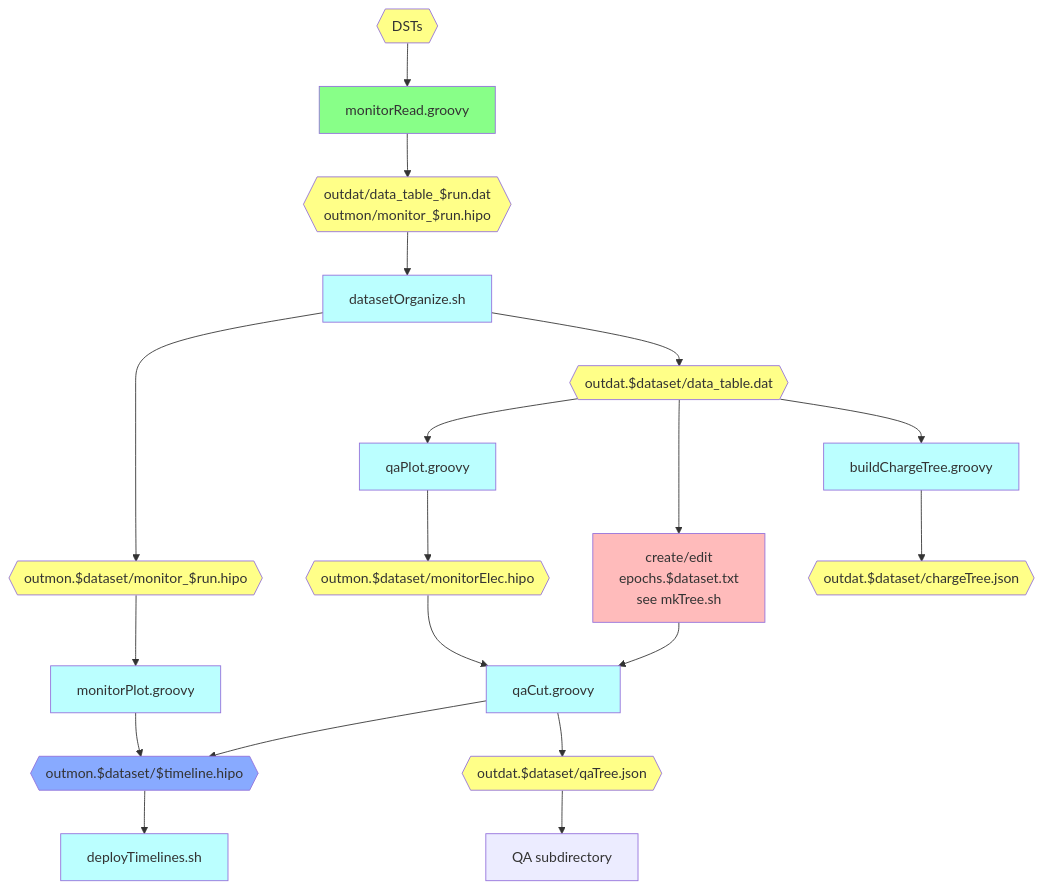
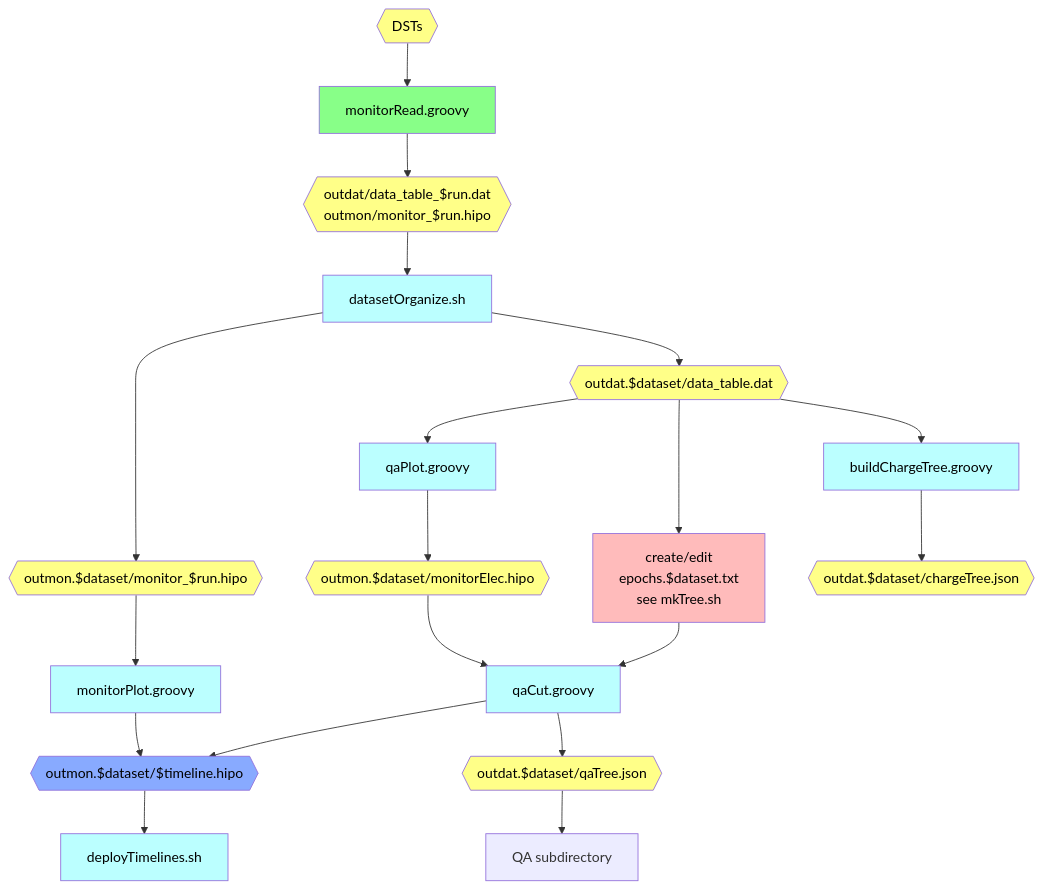
Before and after one commit to c-dilks/clasqa: the second of 3 diagrams in docs/docDiagram.md, drawn with Mermaid. The commit also changed other lines of this file, not shown here.

````diff
--- a/docs/docDiagram.md
+++ b/docs/docDiagram.md
@@ -9,34 +23,31 @@
 ```mermaid
-graph TD;
-    dst{{DSTs}}:::data --> monitorRead[monitorRead.groovy]:::exeSlurm;
-    monitorRead --> monitorReadOut{{outdat/data_table_$run.dat<br>outmon/monitor_$run.hipo}}:::data;
-    monitorReadOut --> do[datasetOrganize.sh]:::exeTimeline;
+graph TD
+    dst{{DSTs}}:::data --> monitorRead[monitorRead.groovy]:::exeSlurm
+    monitorRead --> monitorReadOut{{outdat/data_table_$run.dat<br>outmon/monitor_$run.hipo}}:::data
+    monitorReadOut --> do[datasetOrganize.sh]:::exeTimeline
     do --> dm{{outmon.$dataset/monitor_$run.hipo}}:::data
     do --> dt{{outdat.$dataset/data_table.dat}}:::data
     
-    dm --> monitorPlot[monitorPlot.groovy]:::exeTimeline;
-    monitorPlot --> tl{{outmon.$dataset/$timeline.hipo}}:::timeline;
+    dm --> monitorPlot[monitorPlot.groovy]:::exeTimeline
+    monitorPlot --> tl{{outmon.$dataset/$timeline.hipo}}:::timeline
     
-    dt --> qaPlot[qaPlot.groovy]:::exeTimeline;
-    dt --> man[create/edit<br>epochs.$dataset.txt<br>see mkTree.sh]:::manual;
-    qaPlot --> monitorElec{{outmon.$dataset/monitorElec.hipo}}:::data;
-    monitorElec --> qaCut[qaCut.groovy]:::exeTimeline;
-    man --> qaCut;
-    qaCut --> tl;
+    dt --> qaPlot[qaPlot.groovy]:::exeTimeline
+    dt --> man[create/edit<br>epochs.$dataset.txt<br>see mkTree.sh]:::manual
+    qaPlot --> monitorElec{{outmon.$dataset/monitorElec.hipo}}:::data
+    monitorElec --> qaCut[qaCut.groovy]:::exeTimeline
+    man --> qaCut
+    qaCut --> tl
     qaCut --> qaTree{{outdat.$dataset/qaTree.json}}:::data
     qaTree --> cd[QA subdirectory]
-    dt --> buildCT[buildChargeTree.groovy]:::exeTimeline;
-    buildCT --> chargeTree{{outdat.$dataset/chargeTree.json}}:::data;
+    dt --> buildCT[buildChargeTree.groovy]:::exeTimeline
+    buildCT --> chargeTree{{outdat.$dataset/chargeTree.json}}:::data
     
-    tl --> deploy[deployTimelines.sh]:::exeTimeline;
+    tl --> deploy[deployTimelines.sh]:::exeTimeline
     
- 
-    
-    
-    classDef data fill:#ff8;
-    classDef exeSlurm fill:#8f8;
-    classDef exeTimeline fill:#bff;
-    classDef manual fill:#fbb;
-    classDef timeline fill:#8af;
-    classDef qa fill:#f8f;
+    classDef data fill:#ff8,color:black
+    classDef exeSlurm fill:#8f8,color:black
+    classDef exeTimeline fill:#bff,color:black
+    classDef manual fill:#fbb,color:black
+    classDef timeline fill:#8af,color:black
+    classDef exeQA fill:#f8f,color:black
 ```
````
